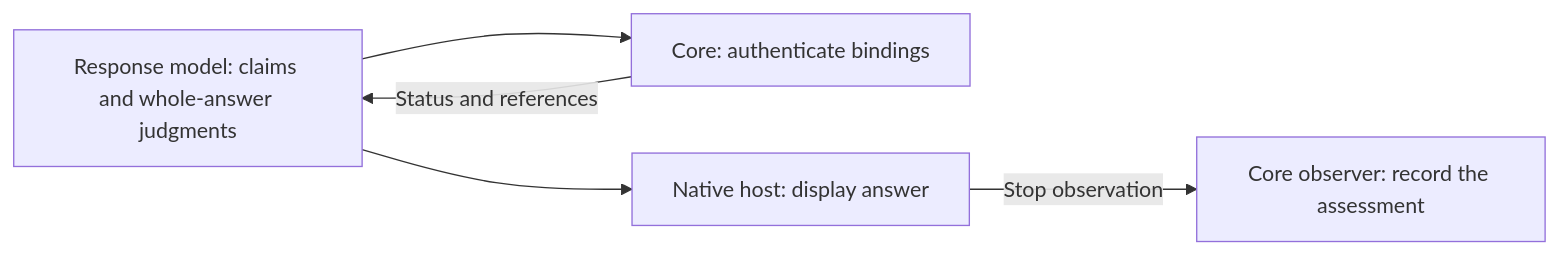
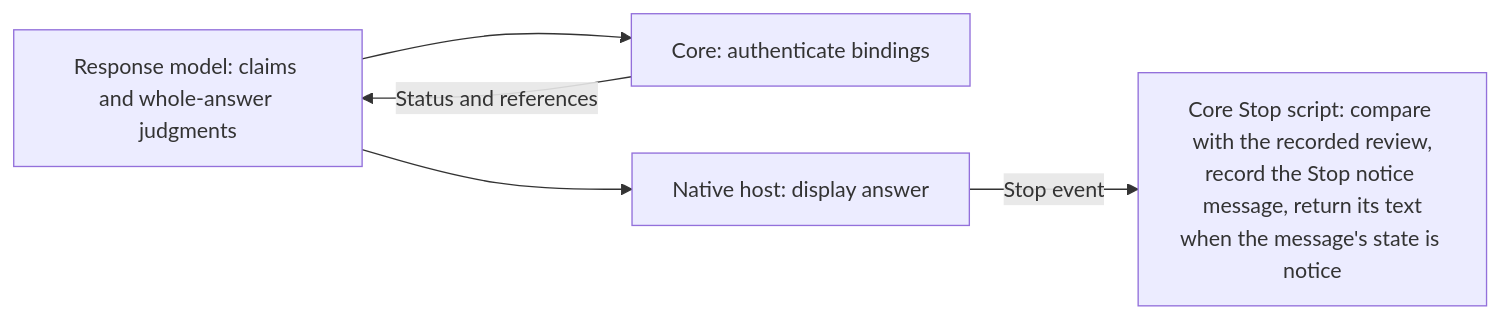
One commit to AidALL/ghost-alice changed the diagram in docs/policies/tool-output-semantics.md. Above: the diagram before and after it, drawn with Mermaid. The commit also changed other lines of this file and 30 other files, not shown here.

````diff
--- a/docs/policies/tool-output-semantics.md
+++ b/docs/policies/tool-output-semantics.md
@@ -19,7 +19,7 @@
 ```mermaid
 flowchart LR
   M["Response model: claims and whole-answer judgments"] --> C["Core: authenticate bindings"]
   C -->|Status and references| M
   M --> H["Native host: display answer"]
-  H -->|Stop observation| S["Core observer: record the assessment"]
+  H -->|Stop event| S["Core Stop script: compare with the recorded review,<br/>record the Stop notice message, return its text<br/>when the message's state is notice"]
 ```
````
